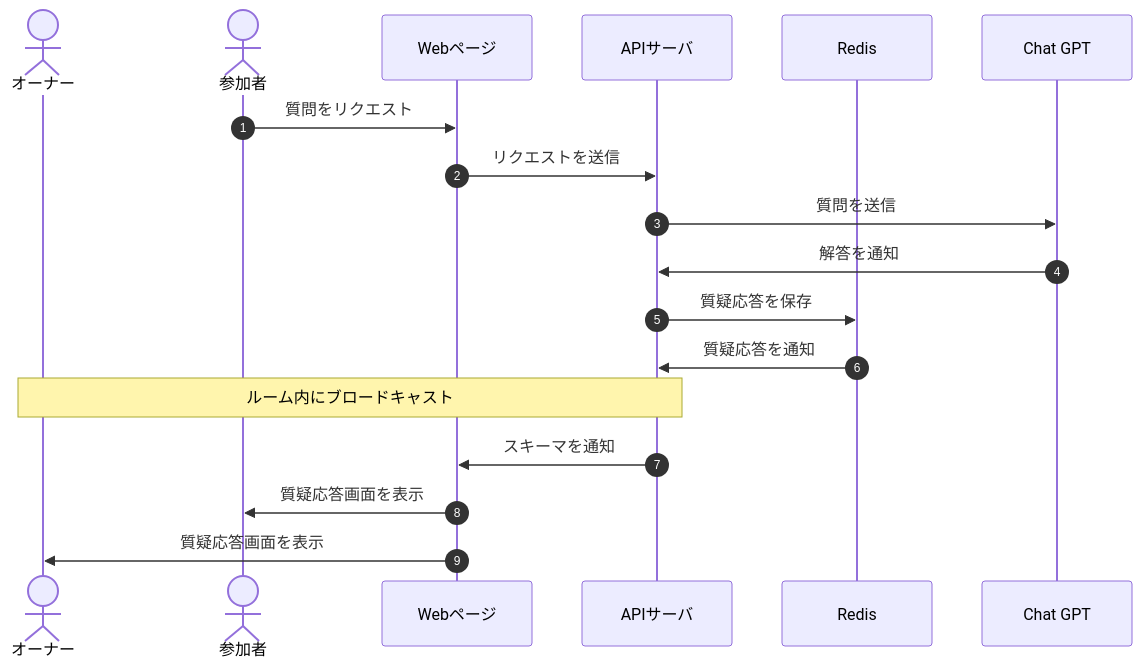
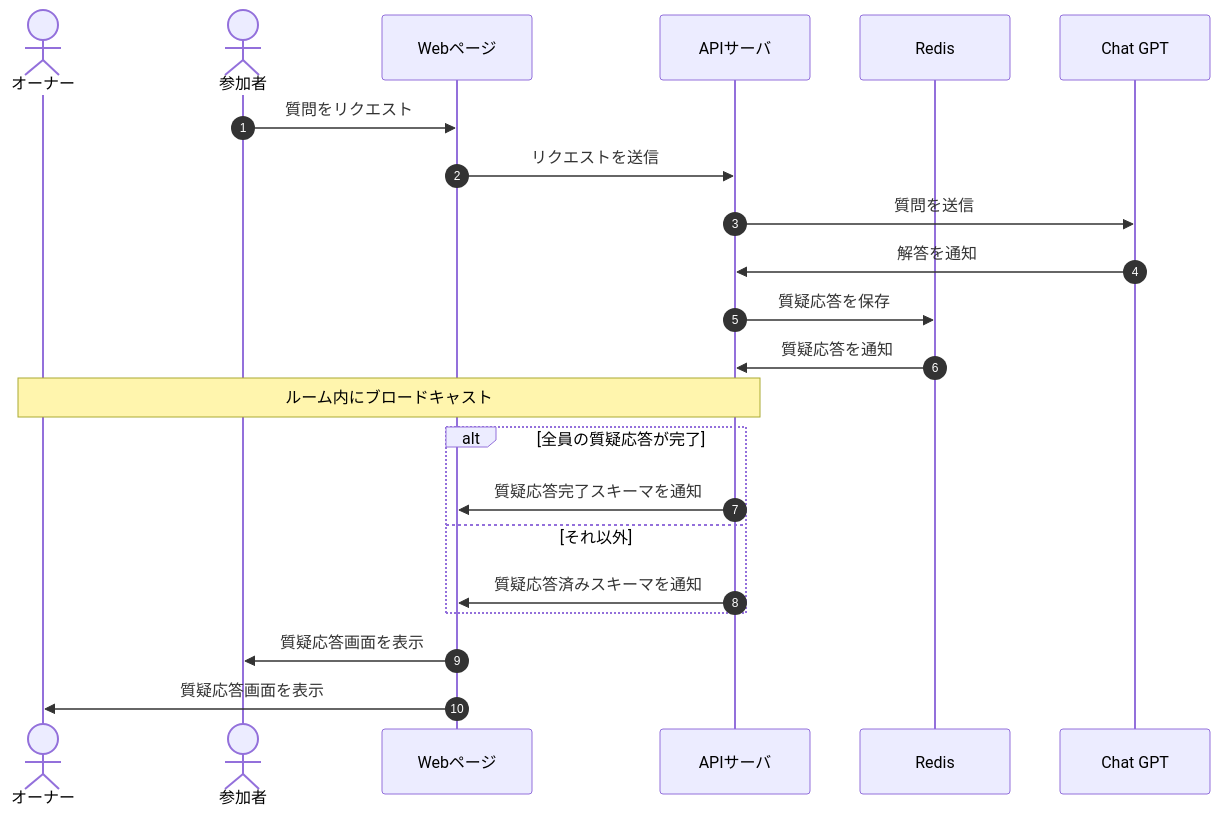
One commit to Tanakaryuki/chat_wolf changed the diagram in docs/DesignDog/09_質疑応答.md. Above: the diagram before and after it, drawn with Mermaid.

Commit message:
docs: 📄 質疑応答の条件分岐を追加

````diff
--- a/docs/DesignDog/09_質疑応答.md
+++ b/docs/DesignDog/09_質疑応答.md
@@ -11,21 +11,25 @@
 ```mermaid
 sequenceDiagram
     autonumber
     actor owner as オーナー
     actor participants as 参加者
     participant front as Webページ
     participant api as APIサーバ
     participant db as Redis
     participant ai as Chat GPT
 
     participants->>front: 質問をリクエスト
     front->>api: リクエストを送信
     api->>ai: 質問を送信
     ai->>api: 解答を通知
     api->>db: 質疑応答を保存
     db->>api: 質疑応答を通知
     Note over owner,api: ルーム内にブロードキャスト
-    api->>front: スキーマを通知
+    alt 全員の質疑応答が完了
+        api->>front: 質疑応答完了スキーマを通知
+    else それ以外
+        api->>front: 質疑応答済みスキーマを通知
+    end
     front->>participants: 質疑応答画面を表示
     front->>owner: 質疑応答画面を表示
 ```
````
